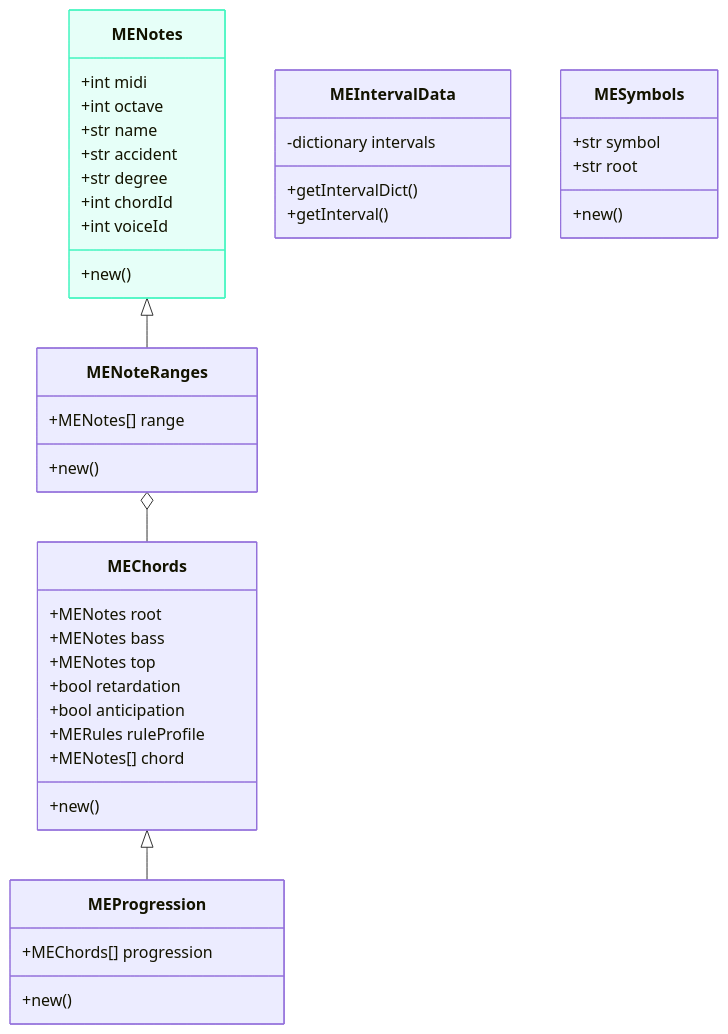
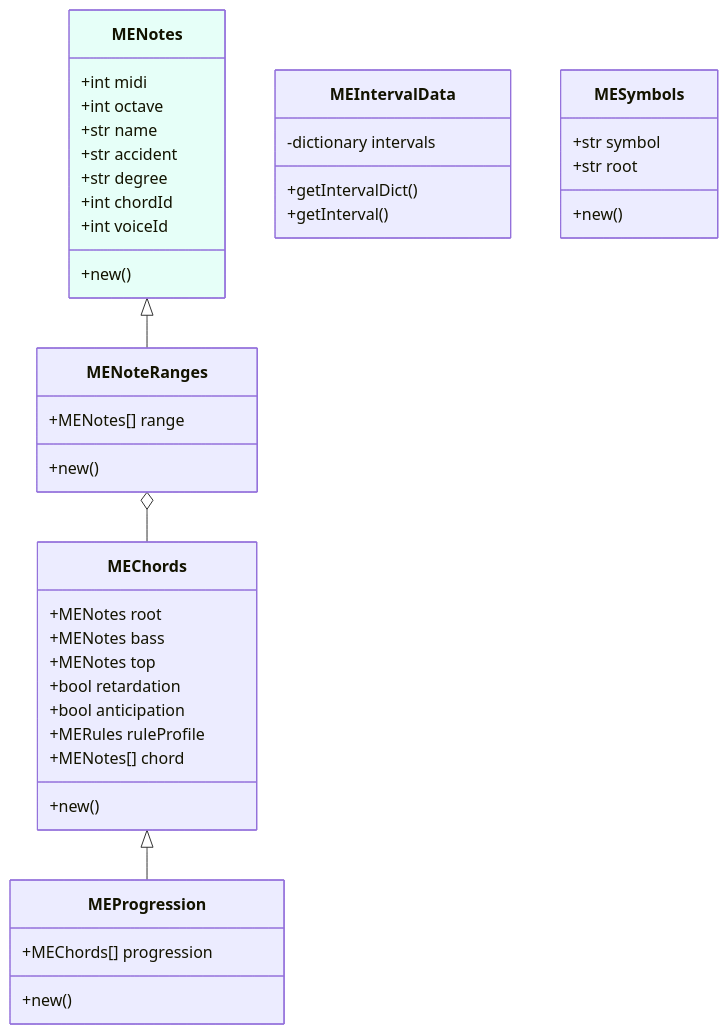
Before and after one commit to iamsiriil/sc_musicengine: the diagram in README.md, drawn with Mermaid.

Commit message:
readme update

````diff
--- a/README.md
+++ b/README.md
@@ -11,50 +11,51 @@
 ```mermaid
 classDiagram
     MENotes <|-- MENoteRanges
     MENoteRanges o-- MEChords
     MEChords <|-- MEProgression
     class MENotes {
         +int midi
         +int octave
         +str name
         +str accident
         +str degree
         +int chordId
         +int voiceId
         +new()
     }
-    style MENotes stroke:#42f5bf,fill:#e6fff8
+    %%style MENotes stroke:#42f5bf,fill:#e6fff8
 
     class MENoteRanges {
         +MENotes[] range
         +new()
     }
 
     class MEIntervalData {
         -dictionary intervals
         +getIntervalDict()
         +getInterval()
     }
 
     class MESymbols {
         +str symbol
         +str root
         +new()
     }
 
     class MEChords {
         +MENotes root
         +MENotes bass
         +MENotes top
         +bool retardation
         +bool anticipation
         +MERules ruleProfile
         +MENotes[] chord
         +new()
     }
 
     class MEProgression {
         +MEChords[] progression
         +new()
     }
+    style MENotes MEProgression stroke:#42f5bf,fill:#e6fff8
 ```
````
